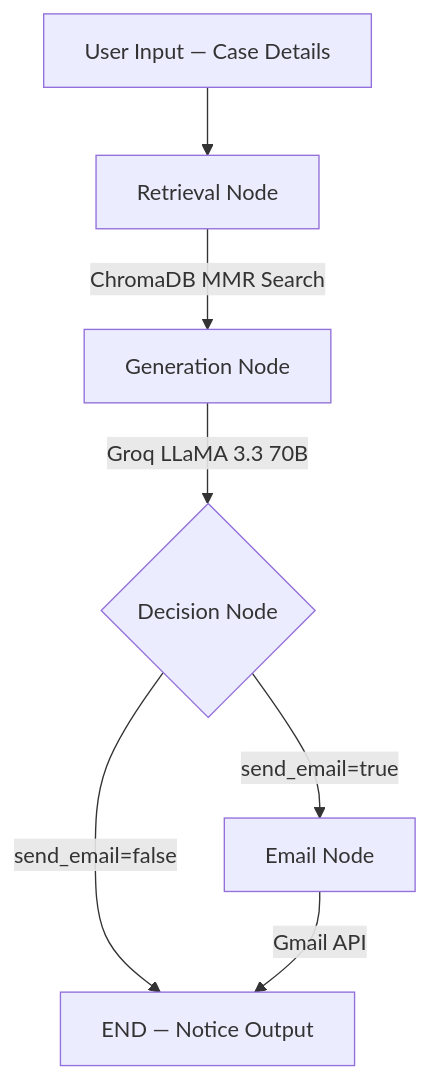
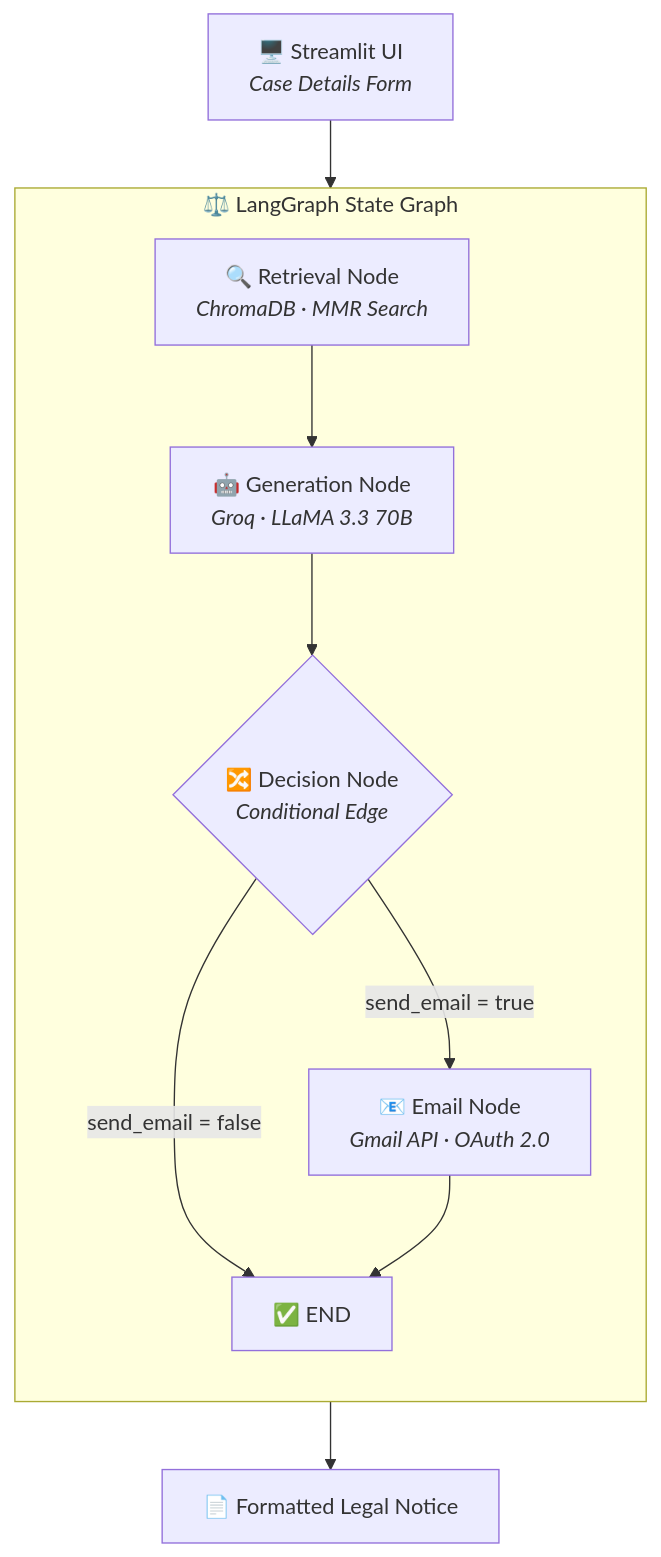
Before and after one commit to kusal49/Project_Vidhi-: the diagram in README.md, drawn with Mermaid. The commit also changed other lines of this file and 1 other file, not shown here.

````diff
--- a/README.md
+++ b/README.md
@@ -193,9 +43,19 @@
 ```mermaid
 graph TD
-    A[User Input — Case Details] --> B[Retrieval Node]
-    B -->|ChromaDB MMR Search| C[Generation Node]
-    C -->|Groq LLaMA 3.3 70B| D{Decision Node}
-    D -->|send_email=true| E[Email Node]
-    D -->|send_email=false| F[END — Notice Output]
-    E -->|Gmail API| F
+    A["🖥️ Streamlit UI<br/><i>Case Details Form</i>"] --> B
+
+    subgraph LANGGRAPH ["⚖️ LangGraph State Graph"]
+        direction TB
+        B["🔍 Retrieval Node<br/><i>ChromaDB · MMR Search</i>"]
+        C["🤖 Generation Node<br/><i>Groq · LLaMA 3.3 70B</i>"]
+        D{"🔀 Decision Node<br/><i>Conditional Edge</i>"}
+        E["📧 Email Node<br/><i>Gmail API · OAuth 2.0</i>"]
+
+        B --> C --> D
+        D -->|"send_email = true"| E
+        D -->|"send_email = false"| F["✅ END"]
+        E --> F
+    end
+
+    F --> G["📄 Formatted Legal Notice"]
 ```
````
